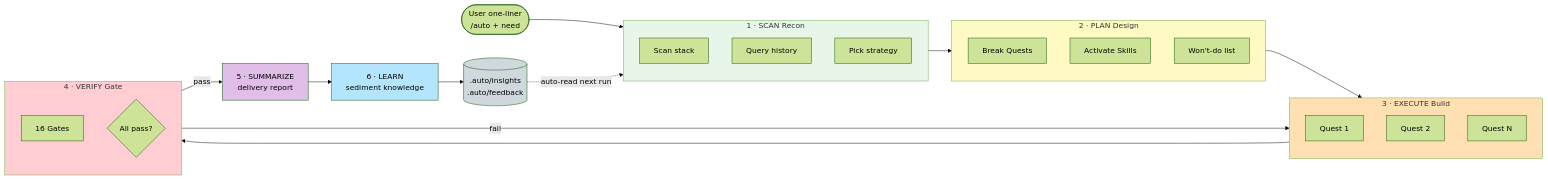
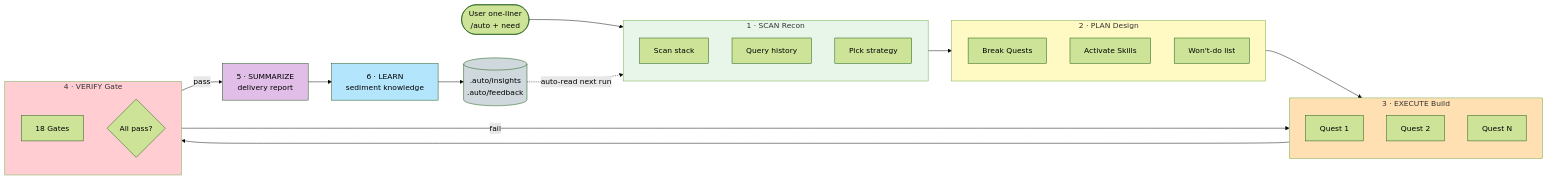
The diagram in README.en.md (ktyyer/auto-cli), drawn with Mermaid (forest theme) before and after one commit. The commit also changed other lines of this file and 8 other files, not shown here.

````diff
--- a/README.en.md
+++ b/README.en.md
@@ -146,46 +146,46 @@
 ```mermaid
 flowchart LR
     USER([User one-liner<br/>/auto + need])
     USER --> SCAN
 
     subgraph SCAN[1 · SCAN Recon]
         S1[Scan stack]
         S2[Query history]
         S3[Pick strategy]
     end
 
     subgraph PLAN[2 · PLAN Design]
         P1[Break Quests]
         P2[Activate Skills]
         P3[Won't-do list]
     end
 
     subgraph EXEC[3 · EXECUTE Build]
         E1[Quest 1]
         E2[Quest 2]
         E3[Quest N]
     end
 
     subgraph VERIFY[4 · VERIFY Gate]
-        V1[16 Gates]
+        V1[18 Gates]
         V2{All pass?}
     end
 
     SUM[5 · SUMMARIZE<br/>delivery report]
     LEARN[6 · LEARN<br/>sediment knowledge]
     MEM[(.auto/insights<br/>.auto/feedback)]
 
     SCAN --> PLAN --> EXEC --> VERIFY
     VERIFY -- fail --> EXEC
     VERIFY -- pass --> SUM --> LEARN
     LEARN --> MEM
     MEM -. auto-read next run .-> SCAN
 
     style SCAN fill:#e8f5e9
     style PLAN fill:#fff9c4
     style EXEC fill:#ffe0b2
     style VERIFY fill:#ffcdd2
     style SUM fill:#e1bee7
     style LEARN fill:#b3e5fc
     style MEM fill:#cfd8dc
 ```
````
